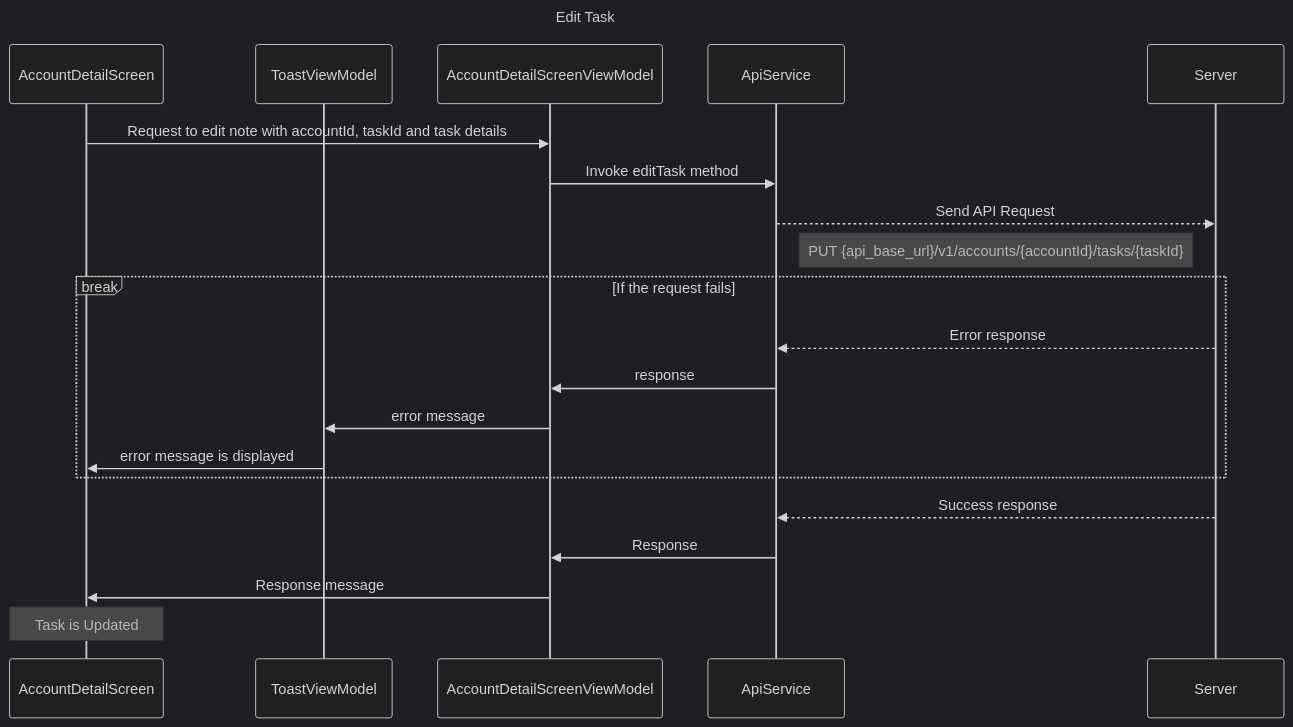
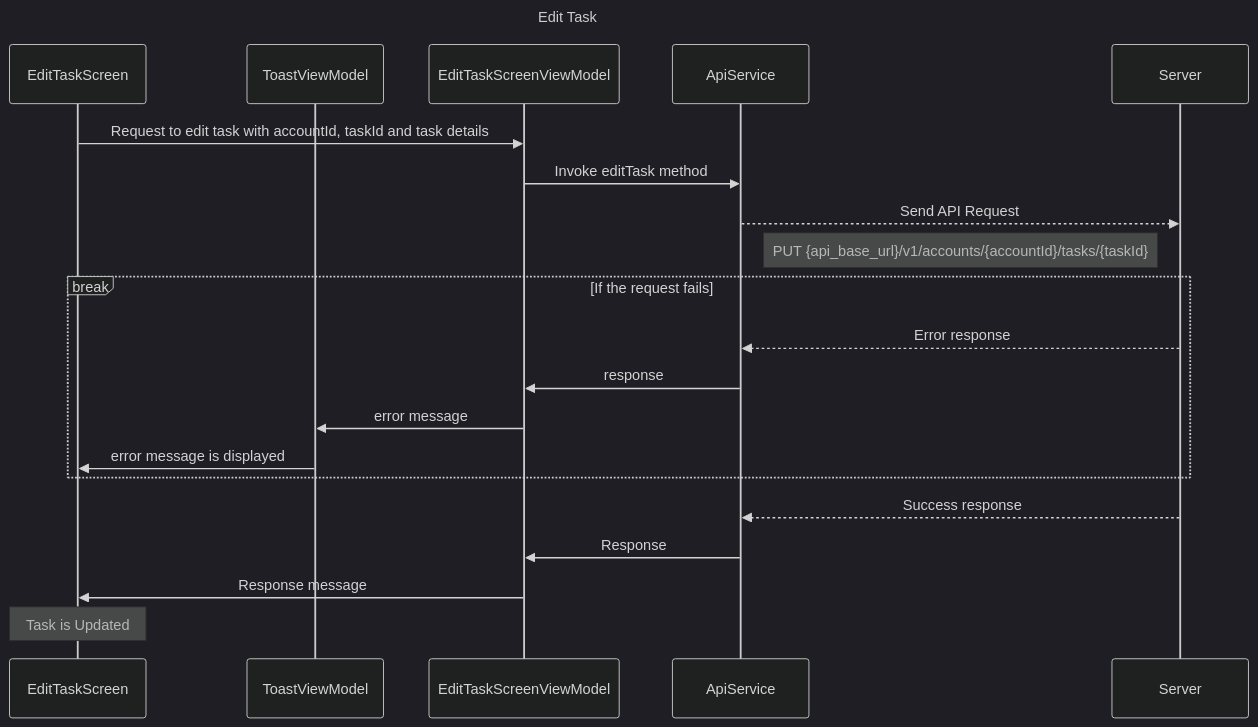
One commit to TrueSparrowSystems/AI-SalesSparrow-Docs changed the diagram in flowDiagrams/IOS/EditTask.mermaid. Above: the diagram before and after it, drawn with Mermaid (dark theme). The commit also changed 2 other files, not shown here.

Commit message:
updated edit flows for ios

```diff
--- a/flowDiagrams/IOS/EditTask.mermaid
+++ b/flowDiagrams/IOS/EditTask.mermaid
@@ -1,25 +1,25 @@
 sequenceDiagram
     title Edit Task
 
-    participant ADS as AccountDetailScreen
+    participant ETS as EditTaskScreen
     participant TVM as ToastViewModel
-    participant ADSVM as AccountDetailScreenViewModel
+    participant ETVM as EditTaskScreenViewModel
     participant AS as ApiService
     participant S as Server
 
-    ADS->>ADSVM: Request to edit note with accountId, taskId and task details
-    ADSVM->>AS: Invoke editTask method
+    ETS->>ETVM: Request to edit task with accountId, taskId and task details
+    ETVM->>AS: Invoke editTask method
     AS-->>S: Send API Request
     note right of AS: PUT {api_base_url}/v1/accounts/{accountId}/tasks/{taskId}
 
     break If the request fails
         S-->>AS: Error response
-        AS->>ADSVM: response
-        ADSVM->>TVM: error message
-        TVM->>ADS: error message is displayed
+        AS->>ETVM: response
+        ETVM->>TVM: error message
+        TVM->>ETS: error message is displayed
     end
 
     S-->>AS: Success response
-    AS->>ADSVM: Response
-    ADSVM->>ADS: Response message
-    note over ADS: Task is Updated
+    AS->>ETVM: Response
+    ETVM->>ETS: Response message
+    note over ETS: Task is Updated
```
